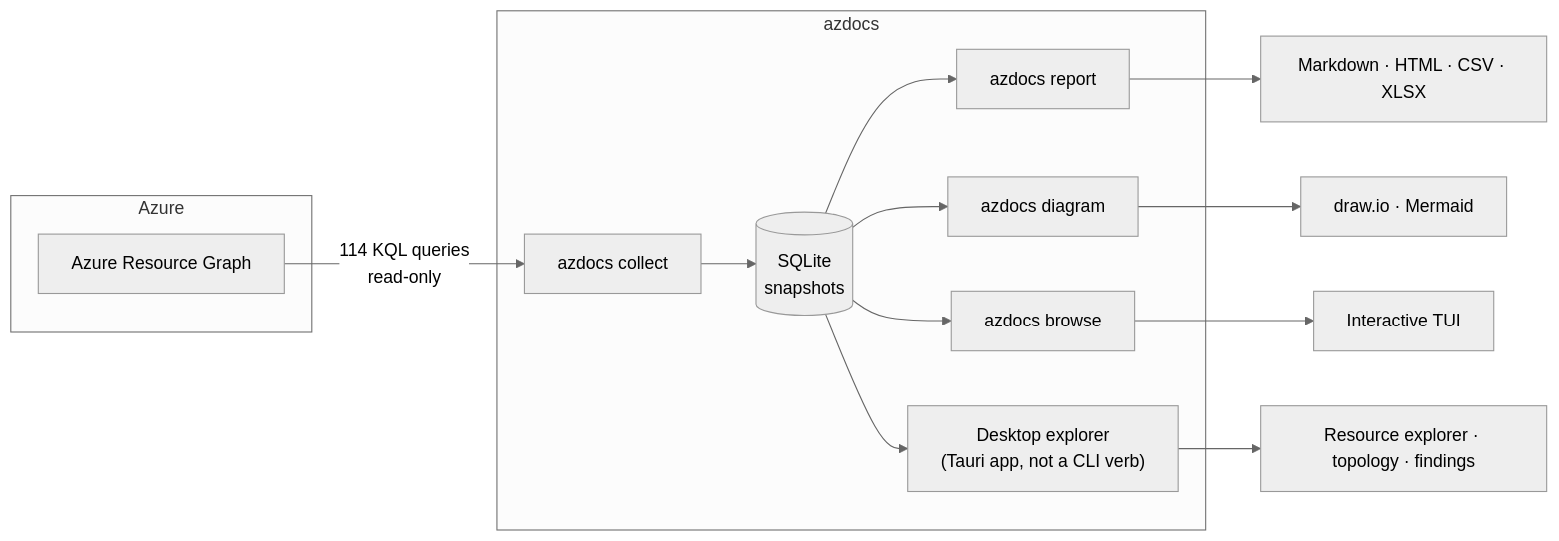
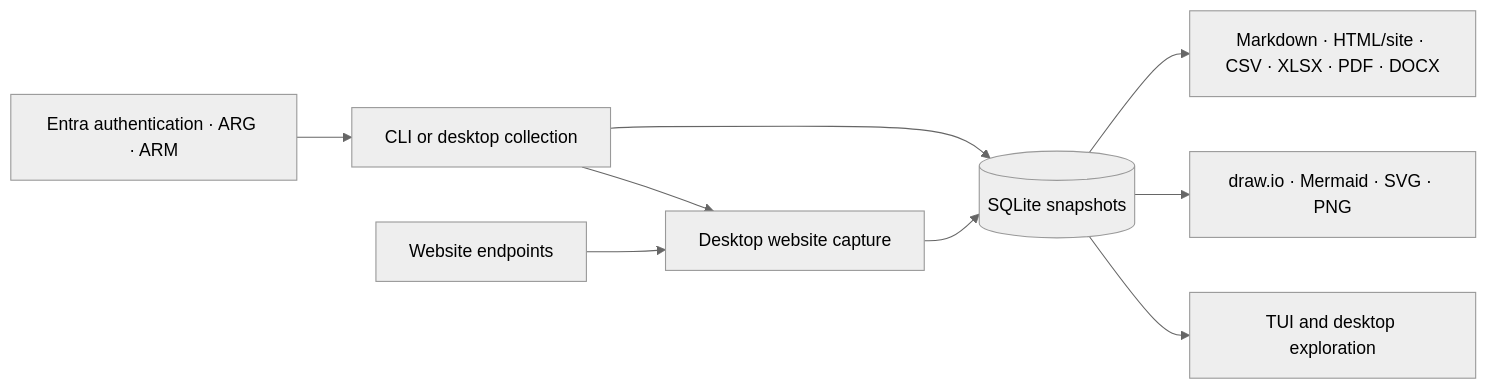
One commit to russmckendrick/azdocs changed the diagram in docs/README.md. Above: the diagram before and after it, drawn with Mermaid (neutral theme). The commit also changed other lines of this file and 45 other files, not shown here.

````diff
--- a/docs/README.md
+++ b/docs/README.md
@@ -7,24 +7,11 @@
 ```mermaid
 flowchart LR
-    subgraph Azure
-        ARG[Azure Resource Graph]
-    end
-    subgraph azdocs
-        collect[azdocs collect]
-        db[(SQLite<br/>snapshots)]
-        report[azdocs report]
-        diagram[azdocs diagram]
-        browse[azdocs browse]
-        desktop["Desktop explorer<br/>(Tauri app, not a CLI verb)"]
-    end
-    ARG -->|114 KQL queries<br/>read-only| collect
-    collect --> db
-    db --> report
-    db --> diagram
-    db --> browse
-    db --> desktop
-    report --> docs_out[Markdown · HTML · CSV · XLSX]
-    diagram --> diag_out[draw.io · Mermaid]
-    browse --> tui[Interactive TUI]
-    desktop --> gui[Resource explorer · topology · findings]
+    azure[Entra authentication · ARG · ARM] --> collect[CLI or desktop collection]
+    collect --> db[(SQLite snapshots)]
+    sites[Website endpoints] --> capture[Desktop website capture]
+    collect --> capture
+    capture --> db
+    db --> report[Markdown · HTML/site · CSV · XLSX · PDF · DOCX]
+    db --> diagram[draw.io · Mermaid · SVG · PNG]
+    db --> browse[TUI and desktop exploration]
 ```
````
